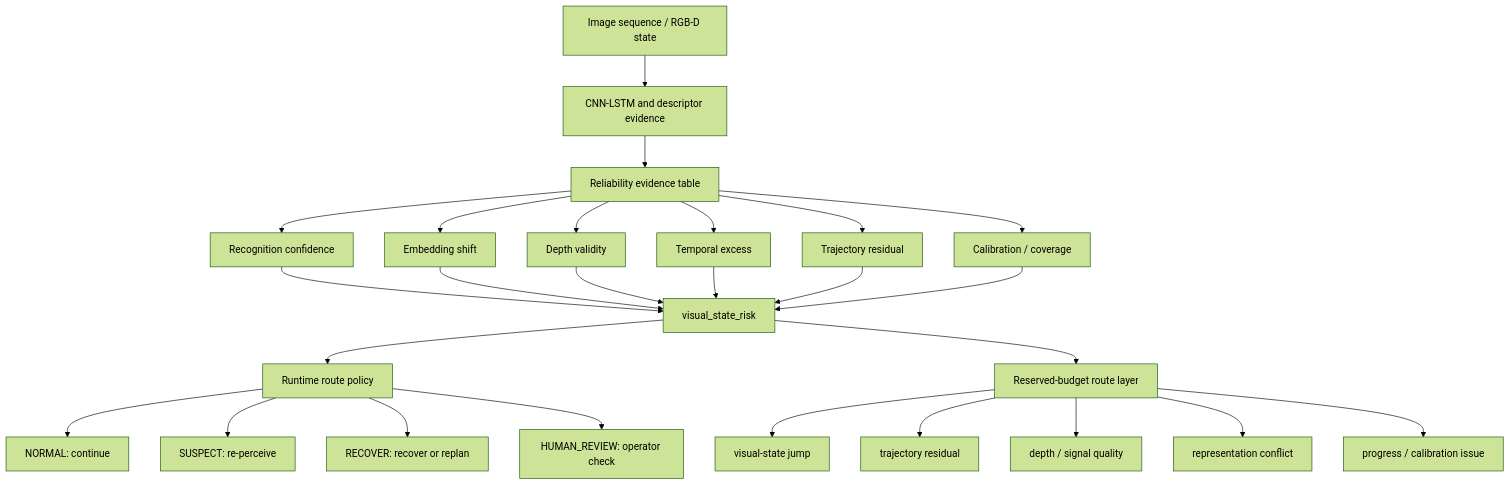
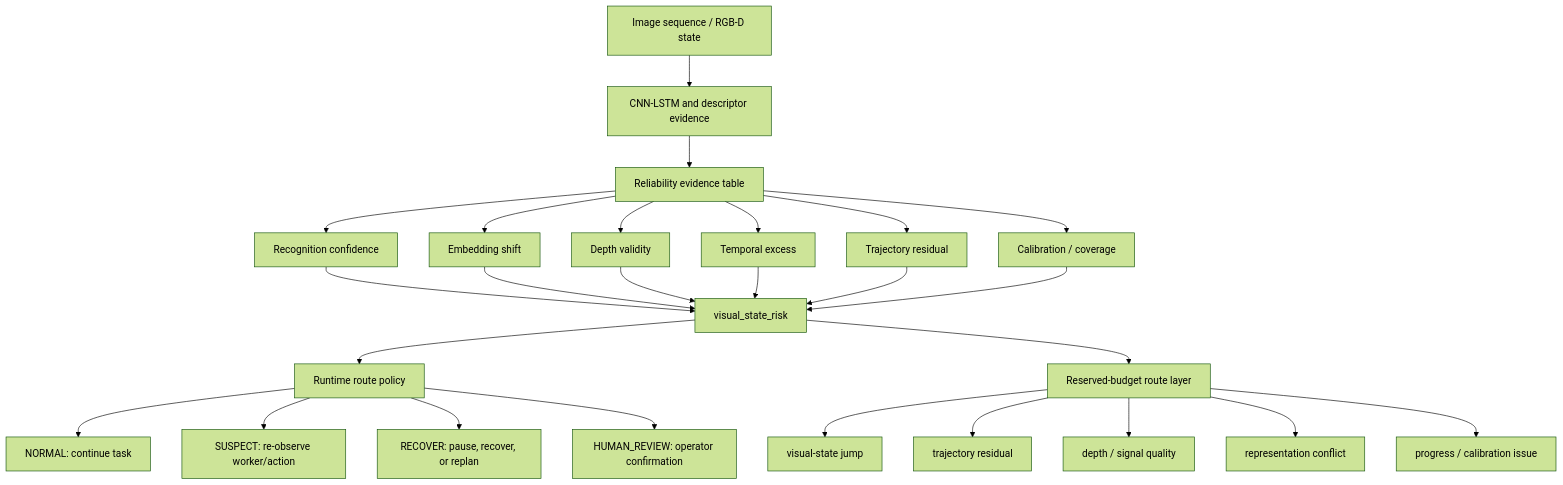
Before and after one commit to Tengyu-w/reliability-aware-robot-perception: the diagram in README.md, drawn with Mermaid (forest theme). The commit also changed other lines of this file and 3 other files, not shown here.

````diff
--- a/README.md
+++ b/README.md
@@ -120,32 +131,32 @@
 ```mermaid
 flowchart TD
     A["Image sequence / RGB-D state"] --> B["CNN-LSTM and descriptor evidence"]
     B --> C["Reliability evidence table"]
 
     C --> D1["Recognition confidence"]
     C --> D2["Embedding shift"]
     C --> D3["Depth validity"]
     C --> D4["Temporal excess"]
     C --> D5["Trajectory residual"]
     C --> D6["Calibration / coverage"]
 
     D1 --> E["visual_state_risk"]
     D2 --> E
     D3 --> E
     D4 --> E
     D5 --> E
     D6 --> E
 
     E --> F["Runtime route policy"]
-    F --> G1["NORMAL: continue"]
-    F --> G2["SUSPECT: re-perceive"]
-    F --> G3["RECOVER: recover or replan"]
-    F --> G4["HUMAN_REVIEW: operator check"]
+    F --> G1["NORMAL: continue task"]
+    F --> G2["SUSPECT: re-observe worker/action"]
+    F --> G3["RECOVER: pause, recover, or replan"]
+    F --> G4["HUMAN_REVIEW: operator confirmation"]
 
     E --> H["Reserved-budget route layer"]
     H --> I1["visual-state jump"]
     H --> I2["trajectory residual"]
     H --> I3["depth / signal quality"]
     H --> I4["representation conflict"]
     H --> I5["progress / calibration issue"]
 ```
````
